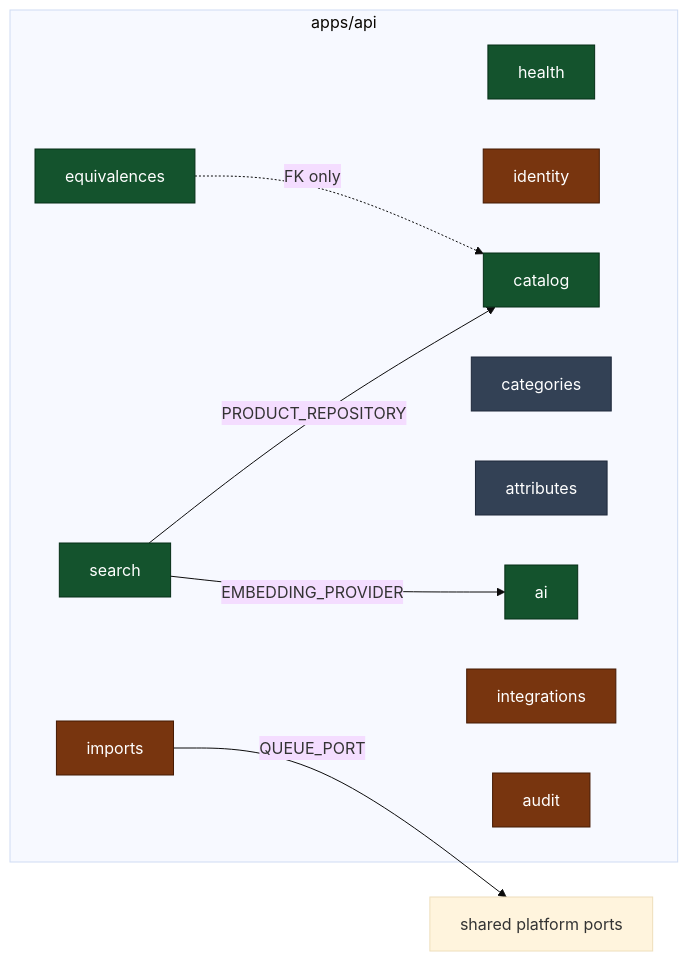
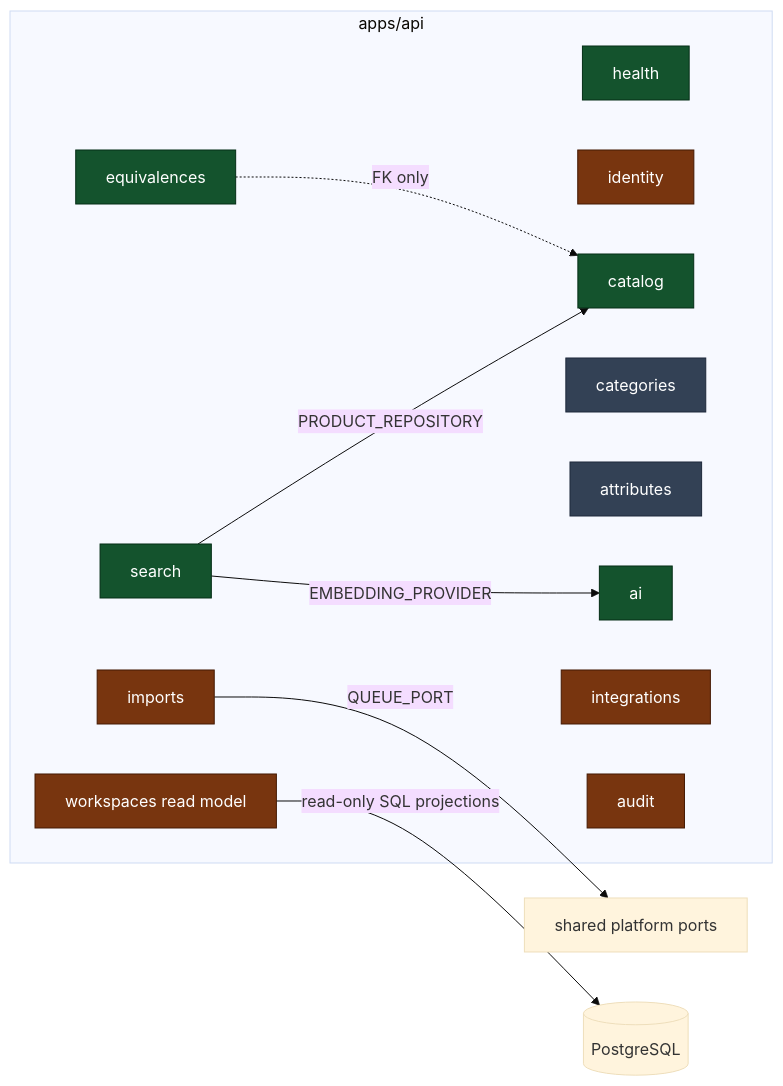
Before and after one commit to EBIM-IA/cdr-pim-platform: the diagram in docs/architecture/MODULE_ARCHITECTURE.md, drawn with Mermaid (base theme). The commit also changed other lines of this file and 87 other files, not shown here.

````diff
--- a/docs/architecture/MODULE_ARCHITECTURE.md
+++ b/docs/architecture/MODULE_ARCHITECTURE.md
@@ -3,28 +3,30 @@
 ```mermaid
 graph LR
     subgraph api[apps/api]
         health[health]
         identity[identity]
         catalog[catalog]
         categories[categories]
         attributes[attributes]
         equivalences[equivalences]
         search[search]
         ai[ai]
         imports[imports]
         integrations[integrations]
         audit[audit]
+        workspaces[workspaces read model]
     end
 
     search -->|PRODUCT_REPOSITORY| catalog
     search -->|EMBEDDING_PROVIDER| ai
     imports -->|QUEUE_PORT| platform[shared platform ports]
     equivalences -.->|FK only| catalog
+    workspaces -->|read-only SQL projections| database[(PostgreSQL)]
 
     classDef done fill:#14532d,stroke:#052e16,color:#fff
     classDef partial fill:#78350f,stroke:#451a03,color:#fff
     classDef scaffold fill:#334155,stroke:#1e293b,color:#fff
     class health,catalog,search,ai,equivalences done
-    class identity,imports,integrations,audit partial
+    class identity,imports,integrations,audit,workspaces partial
     class categories,attributes scaffold
 ```
````
